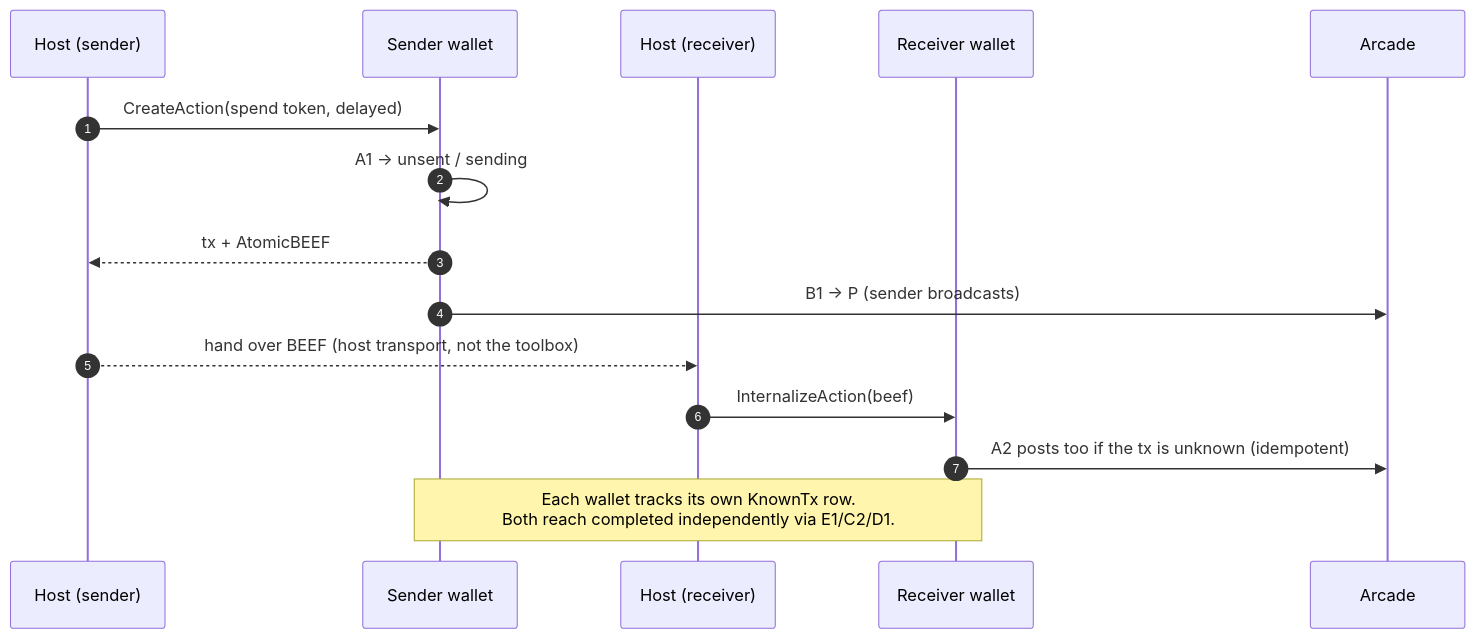
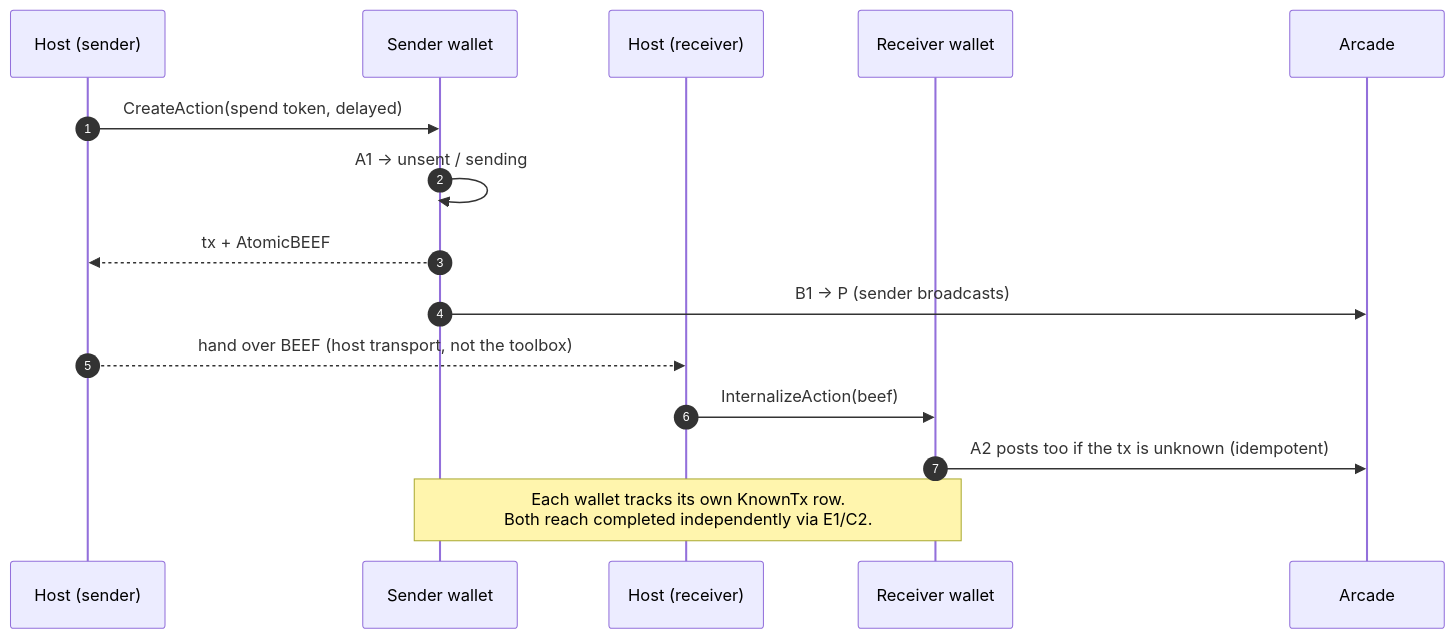
The fourth of 10 diagrams in docs/tx-lifecycle.md (bsv-blockchain/go-wallet-toolbox), drawn with Mermaid before and after one commit. The commit also changed other lines of this file and 17 other files, not shown here.

````diff
--- a/docs/tx-lifecycle.md
+++ b/docs/tx-lifecycle.md
@@ -214,17 +214,17 @@
 ```mermaid
 sequenceDiagram
     autonumber
     participant HS as Host (sender)
     participant WS as Sender wallet
     participant HR as Host (receiver)
     participant WR as Receiver wallet
     participant A as Arcade
     HS->>WS: CreateAction(spend token, delayed)
     WS->>WS: A1 → unsent / sending
     WS-->>HS: tx + AtomicBEEF
     WS->>A: B1 → P (sender broadcasts)
     HS-->>HR: hand over BEEF (host transport, not the toolbox)
     HR->>WR: InternalizeAction(beef)
     WR->>A: A2 posts too if the tx is unknown (idempotent)
-    Note over WS,WR: Each wallet tracks its own KnownTx row.<br/>Both reach completed independently via E1/C2/D1.
+    Note over WS,WR: Each wallet tracks its own KnownTx row.<br/>Both reach completed independently via E1/C2.
 ```
````
